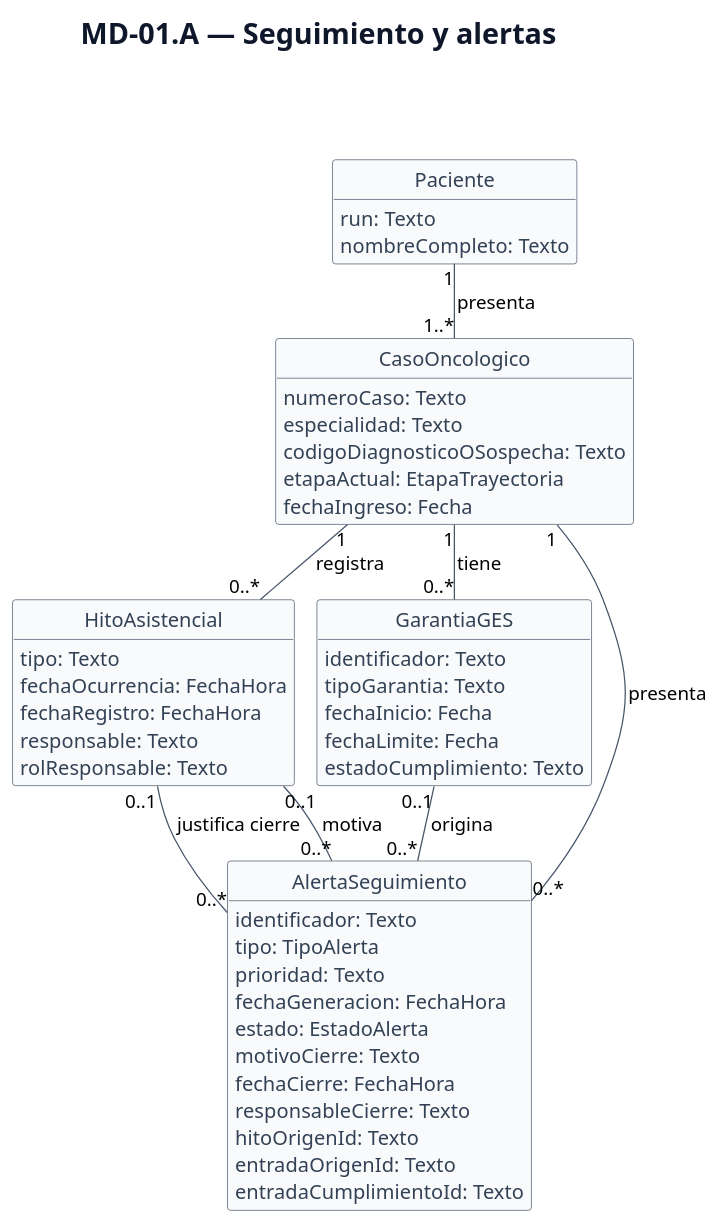
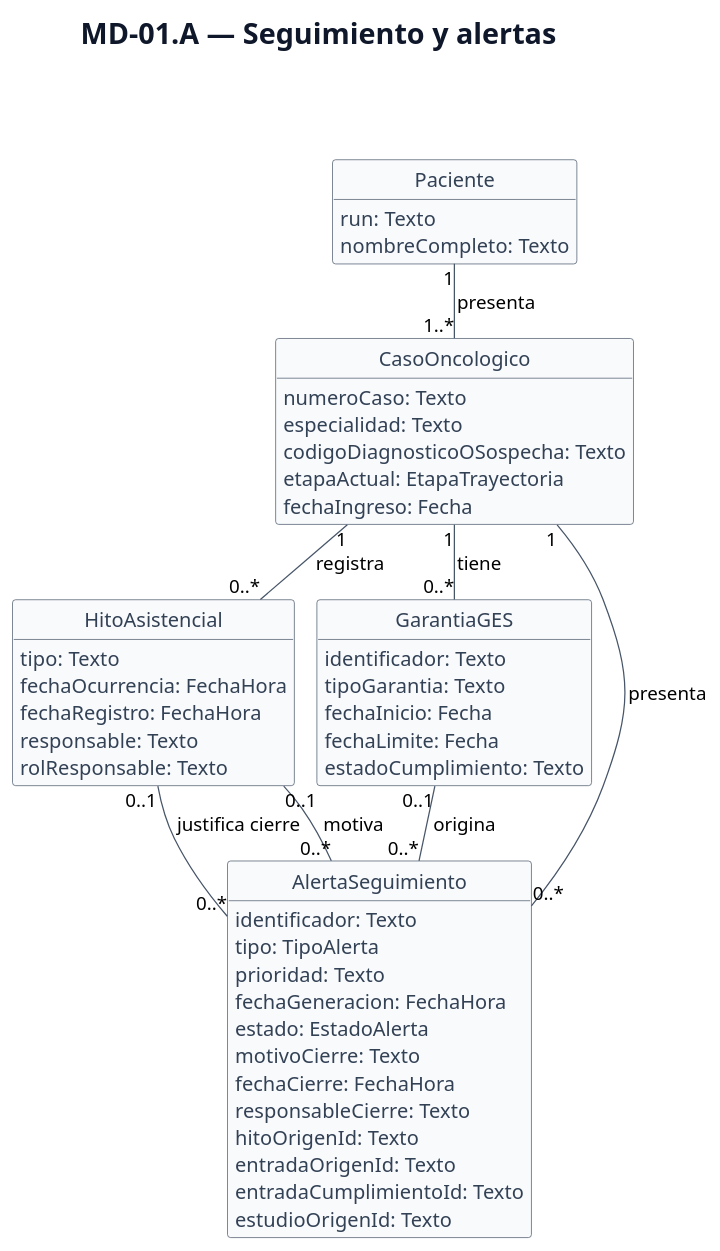
The first of 4 diagrams in diagramas/modelo-dominio.puml (br1fz/OncoTrace), drawn with PlantUML before and after one commit. The commit also changed other lines of this file and 48 other files, not shown here.

```diff
--- a/diagramas/modelo-dominio.puml
+++ b/diagramas/modelo-dominio.puml
@@ -5,76 +5,77 @@
 @startuml vista-seguimiento
 !pragma layout smetana
 hide methods
 hide circle
 skinparam backgroundColor white
 skinparam shadowing false
 skinparam classBackgroundColor #F8FAFC
 skinparam classBorderColor #334155
 skinparam classFontColor #0F172A
 skinparam classAttributeFontColor #334155
 skinparam classFontSize 19
 skinparam classAttributeFontSize 16
 skinparam ArrowColor #475569
 skinparam ArrowFontSize 15
 skinparam titleFontSize 23
 skinparam titleFontColor #0F172A
 skinparam defaultFontName SansSerif
 top to bottom direction
 title
 MD-01.A — Seguimiento y alertas
 
 
 end title
 
 class Paciente {
   run: Texto
   nombreCompleto: Texto
 }
 
 class CasoOncologico {
   numeroCaso: Texto
   especialidad: Texto
   codigoDiagnosticoOSospecha: Texto
   etapaActual: EtapaTrayectoria
   fechaIngreso: Fecha
 }
 
 class HitoAsistencial {
   tipo: Texto
   fechaOcurrencia: FechaHora
   fechaRegistro: FechaHora
   responsable: Texto
   rolResponsable: Texto
 }
 
 class GarantiaGES {
   identificador: Texto
   tipoGarantia: Texto
   fechaInicio: Fecha
   fechaLimite: Fecha
   estadoCumplimiento: Texto
 }
 
 class AlertaSeguimiento {
   identificador: Texto
   tipo: TipoAlerta
   prioridad: Texto
   fechaGeneracion: FechaHora
   estado: EstadoAlerta
   motivoCierre: Texto
   fechaCierre: FechaHora
   responsableCierre: Texto
   hitoOrigenId: Texto
   entradaOrigenId: Texto
   entradaCumplimientoId: Texto
+  estudioOrigenId: Texto
 }
 
 Paciente "1" -- "1..*" CasoOncologico : presenta
 CasoOncologico "1" -- "0..*" HitoAsistencial : registra
 CasoOncologico "1" -- "0..*" GarantiaGES : tiene
 CasoOncologico "1" -- "0..*" AlertaSeguimiento : presenta
 GarantiaGES "0..1" -- "0..*" AlertaSeguimiento : origina
 HitoAsistencial "0..1" -- "0..*" AlertaSeguimiento : justifica cierre
 HitoAsistencial "0..1" -- "0..*" AlertaSeguimiento : motiva
 
 @enduml
```
